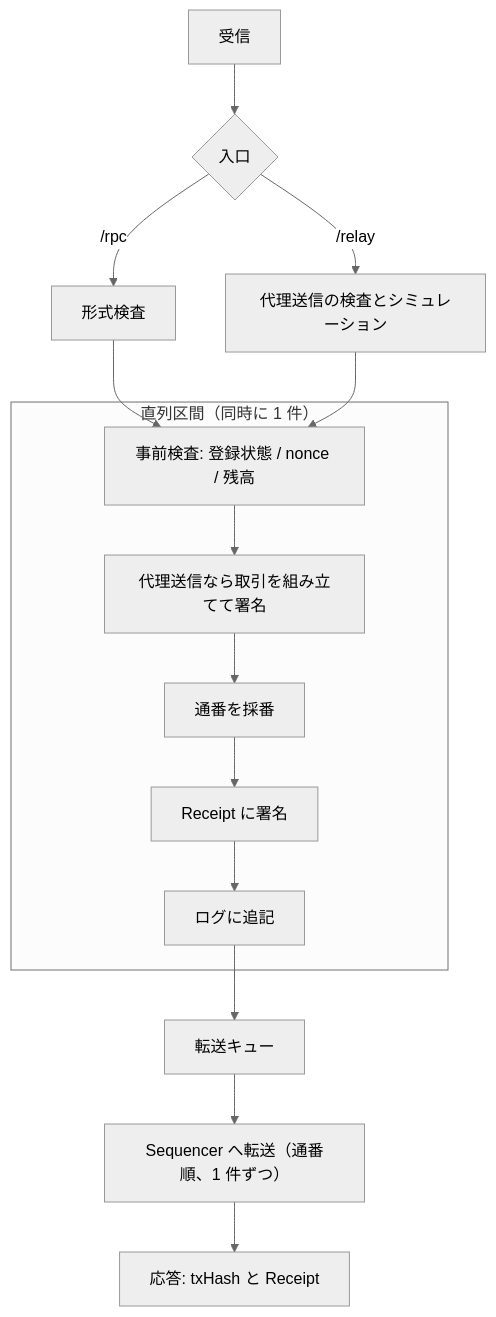
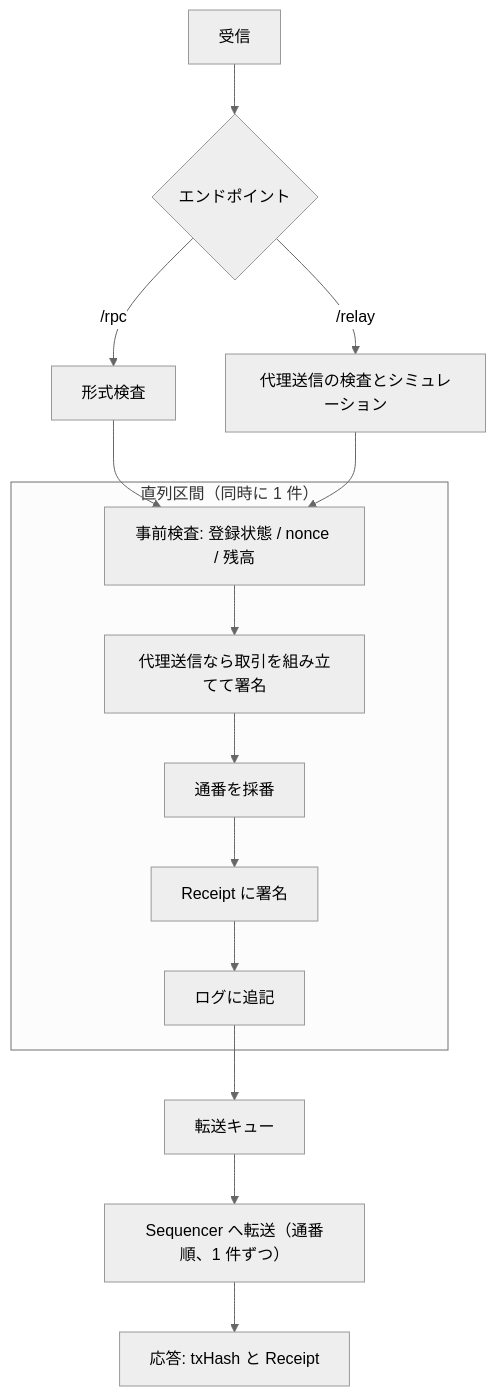
One commit to kuriyosh/ledger-a changed the diagram in docs/04-gateway.md. Above: the diagram before and after it, drawn with Mermaid (neutral theme). The commit also changed other lines of this file and 12 other files, not shown here.

````diff
--- a/docs/04-gateway.md
+++ b/docs/04-gateway.md
@@ -29,17 +29,17 @@
 ```mermaid
 flowchart TD
-  A["受信"] --> B{"入口"}
+  A["受信"] --> B{"エンドポイント"}
   B -->|"/rpc"| C["形式検査"]
   B -->|"/relay"| D["代理送信の検査とシミュレーション"]
   C --> E
   D --> E
   subgraph S["直列区間（同時に 1 件）"]
     E["事前検査: 登録状態 / nonce / 残高"] --> F["代理送信なら取引を組み立てて署名"]
     F --> G["通番を採番"]
     G --> H["Receipt に署名"]
     H --> I["ログに追記"]
   end
   I --> J["転送キュー"]
   J --> K["Sequencer へ転送（通番順、1 件ずつ）"]
   K --> L["応答: txHash と Receipt"]
 ```
````
